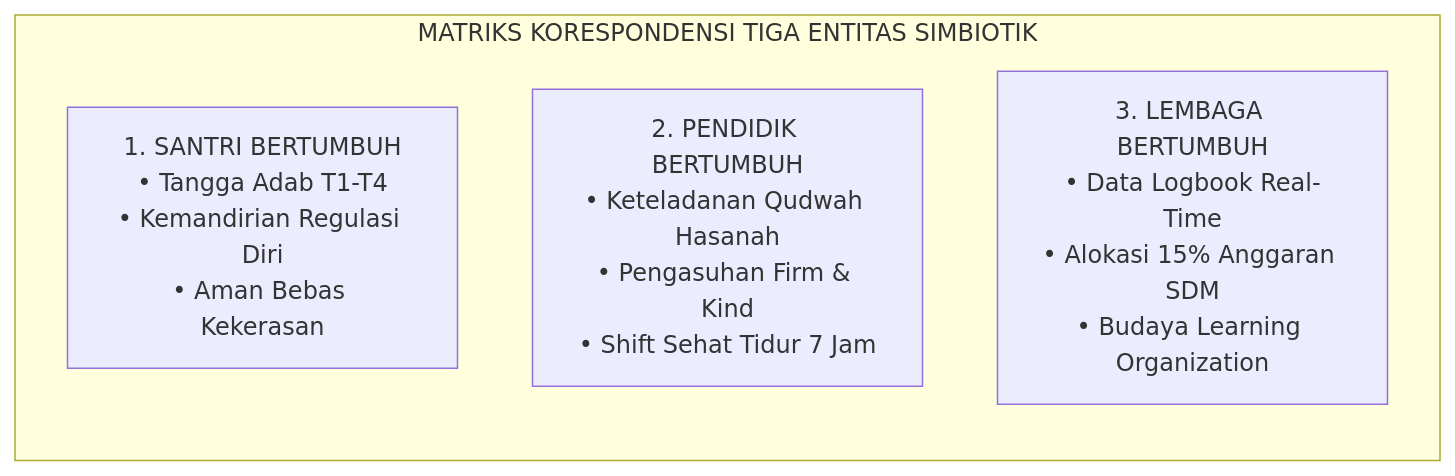
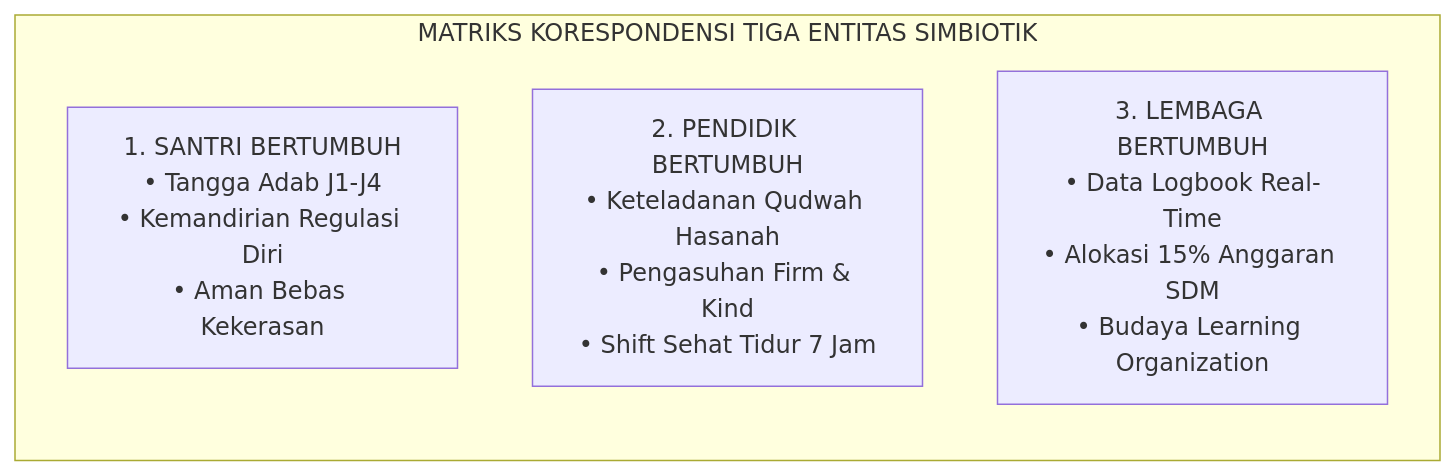
One commit to wandiapriliyandi/tumbuh changed the eighth of 9 diagrams in 02 Principles/01 Core Principles/P2-01-01-Prinsip-Triad-Pertumbuhan-Simbiotik.md. Above: the diagram before and after it, drawn with Mermaid. The commit also changed other lines of this file and 209 other files, not shown here.

````diff
--- a/02 Principles/01 Core Principles/P2-01-01-Prinsip-Triad-Pertumbuhan-Simbiotik.md
+++ b/02 Principles/01 Core Principles/P2-01-01-Prinsip-Triad-Pertumbuhan-Simbiotik.md
@@ -373,8 +373,8 @@
 ```mermaid
 graph LR
     subgraph MatriksTigaEntitasTUMBUH["MATRIKS KORESPONDENSI TIGA ENTITAS SIMBIOTIK"]
-        S["1. SANTRI BERTUMBUH<br/>• Tangga Adab T1-T4<br/>• Kemandirian Regulasi Diri<br/>• Aman Bebas Kekerasan"]
+        S["1. SANTRI BERTUMBUH<br/>• Tangga Adab J1-J4<br/>• Kemandirian Regulasi Diri<br/>• Aman Bebas Kekerasan"]
         G["2. PENDIDIK BERTUMBUH<br/>• Keteladanan Qudwah Hasanah<br/>• Pengasuhan Firm & Kind<br/>• Shift Sehat Tidur 7 Jam"]
         L["3. LEMBAGA BERTUMBUH<br/>• Data Logbook Real-Time<br/>• Alokasi 15% Anggaran SDM<br/>• Budaya Learning Organization"]
     end
 ```
````
